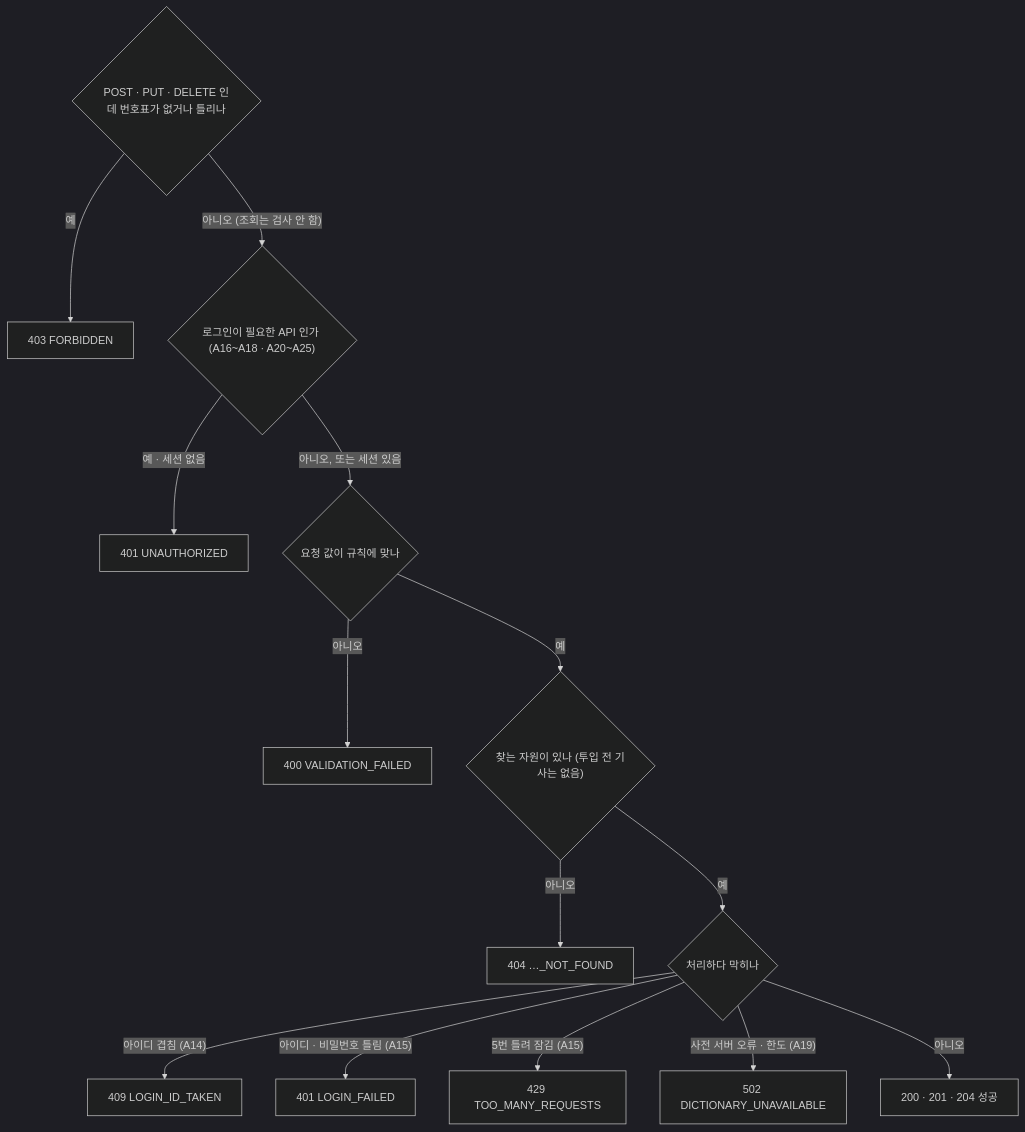
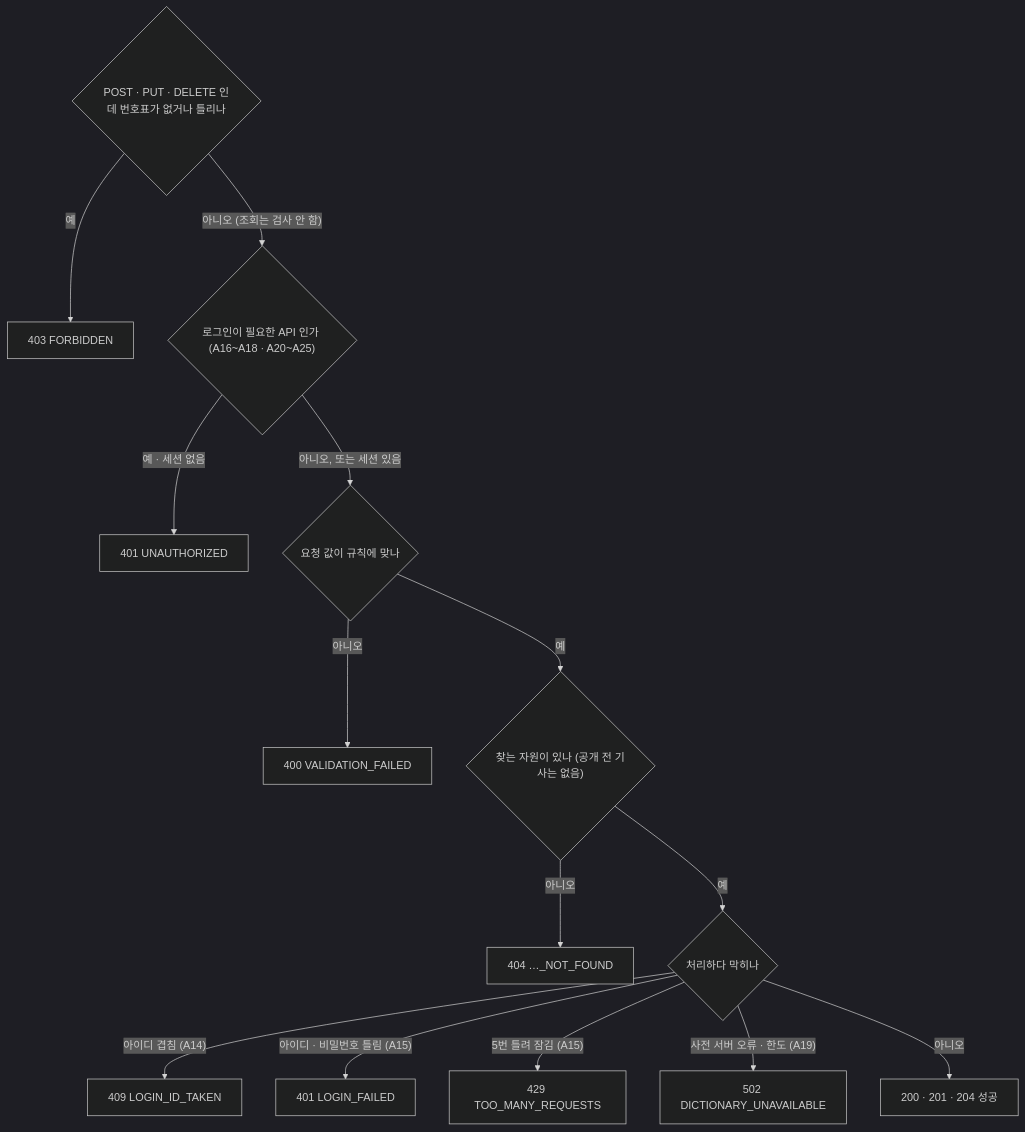
The second of 5 diagrams in docs/api.md (a102-NEWLEARN/NEW-LEARN), drawn with Mermaid (dark theme) before and after one commit. The commit also changed other lines of this file and 18 other files, not shown here.

````diff
--- a/docs/api.md
+++ b/docs/api.md
@@ -96,15 +96,15 @@
 ```mermaid
 flowchart TD
   C{"POST · PUT · DELETE 인데 번호표가 없거나 틀리나"} -- "예" --> E403["403 FORBIDDEN"]
   C -- "아니오 (조회는 검사 안 함)" --> A{"로그인이 필요한 API 인가 (A16~A18 · A20~A25)"} -- "예 · 세션 없음" --> E401["401 UNAUTHORIZED"]
   A -- "아니오, 또는 세션 있음" --> V{"요청 값이 규칙에 맞나"}
   V -- "아니오" --> E400["400 VALIDATION_FAILED"]
-  V -- "예" --> F{"찾는 자원이 있나 (투입 전 기사는 없음)"}
+  V -- "예" --> F{"찾는 자원이 있나 (공개 전 기사는 없음)"}
   F -- "아니오" --> E404["404 …_NOT_FOUND"]
   F -- "예" --> P{"처리하다 막히나"}
   P -- "아이디 겹침 (A14)" --> E409["409 LOGIN_ID_TAKEN"]
   P -- "아이디 · 비밀번호 틀림 (A15)" --> E401b["401 LOGIN_FAILED"]
   P -- "5번 틀려 잠김 (A15)" --> E429["429 TOO_MANY_REQUESTS"]
   P -- "사전 서버 오류 · 한도 (A19)" --> E502["502 DICTIONARY_UNAVAILABLE"]
   P -- "아니오" --> OK["200 · 201 · 204 성공"]
 ```
````
